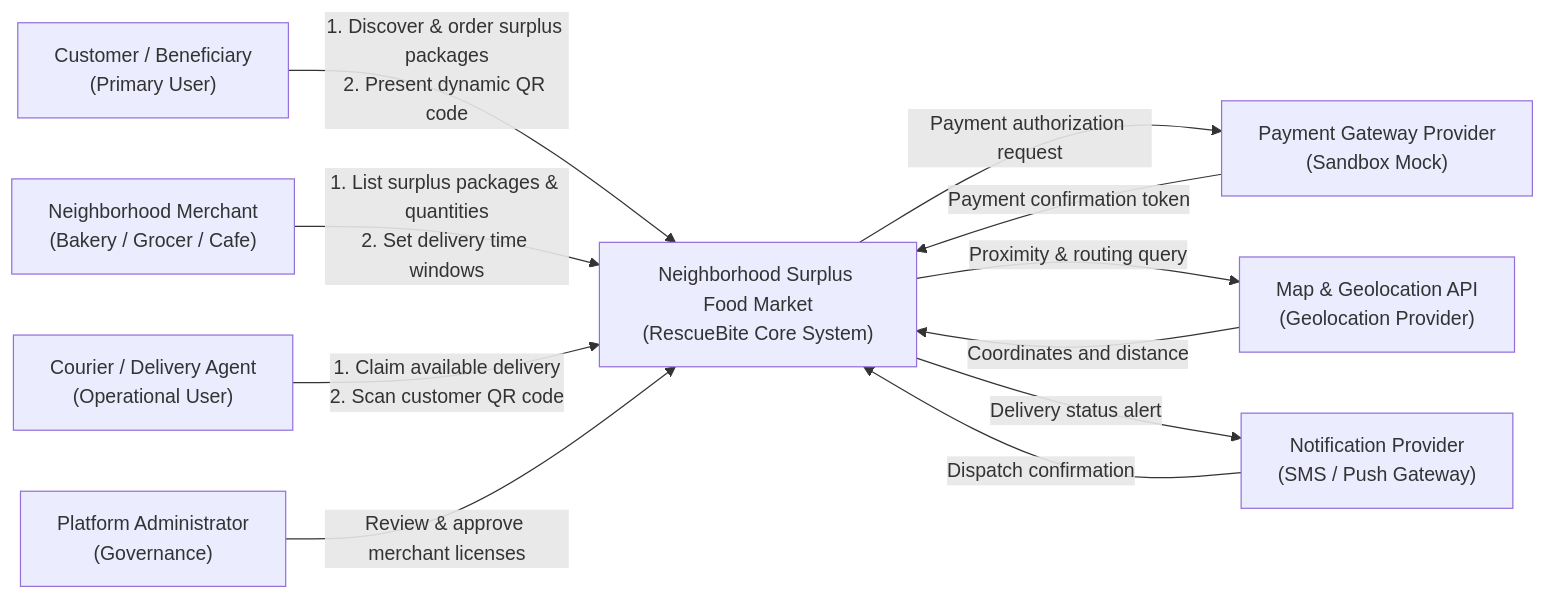
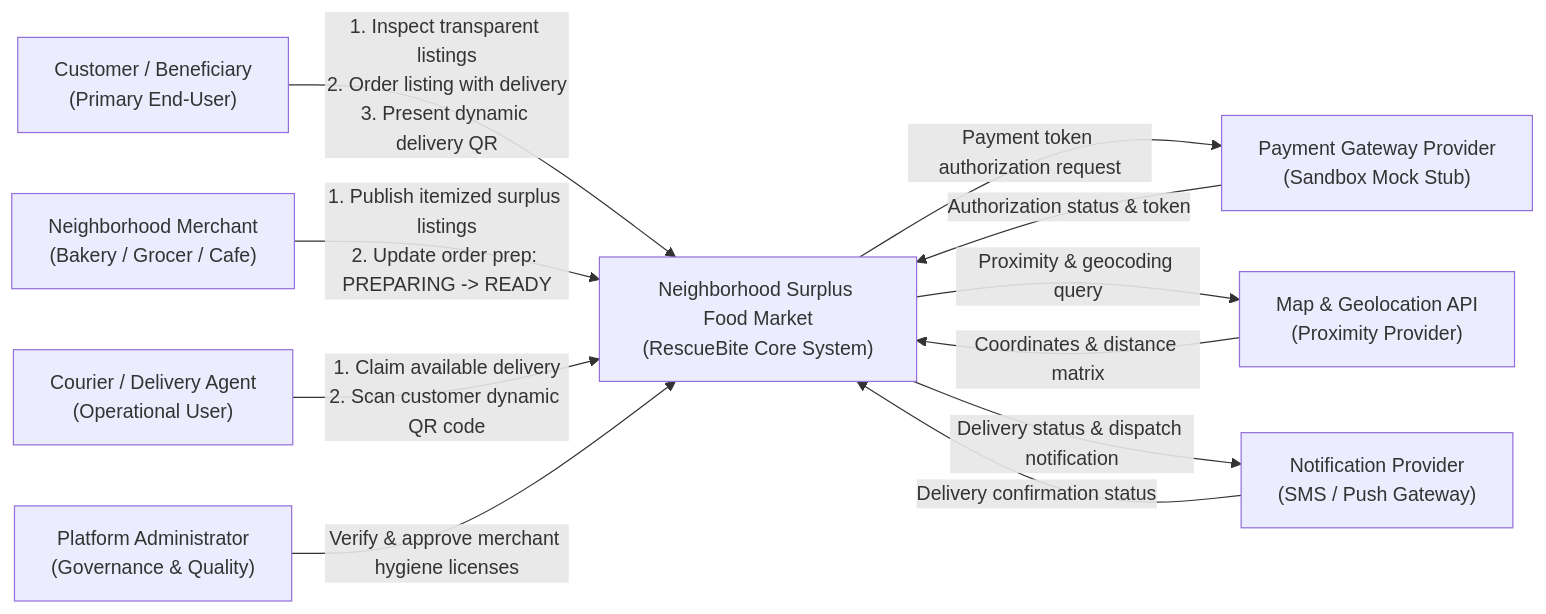
The first of 2 diagrams in docs/sprint1/SPRINT1_REPORT.md (macig102/rescuebite-surplus-food-market), drawn with Mermaid before and after one commit. The commit also changed other lines of this file and 4 other files, not shown here.

Commit message:
docs: align Sprint 1 deliverables with transparent surplus food listings and update openapi

````diff
--- a/docs/sprint1/SPRINT1_REPORT.md
+++ b/docs/sprint1/SPRINT1_REPORT.md
@@ -98,16 +127,16 @@
 ```mermaid
 flowchart LR
-    Customer["Customer / Beneficiary\n(Primary User)"] -->|"1. Discover & order surplus packages\n2. Present dynamic QR code"| System["Neighborhood Surplus Food Market\n(RescueBite Core System)"]
-    Store["Neighborhood Merchant\n(Bakery / Grocer / Cafe)"] -->|"1. List surplus packages & quantities\n2. Set delivery time windows"| System
-    Courier["Courier / Delivery Agent\n(Operational User)"] -->|"1. Claim available delivery\n2. Scan customer QR code"| System
-    Admin["Platform Administrator\n(Governance)"] -->|"Review & approve merchant licenses"| System
+    Customer["Customer / Beneficiary\n(Primary End-User)"] -->|"1. Inspect transparent listings\n2. Order listing with delivery\n3. Present dynamic delivery QR"| System["Neighborhood Surplus Food Market\n(RescueBite Core System)"]
+    Store["Neighborhood Merchant\n(Bakery / Grocer / Cafe)"] -->|"1. Publish itemized surplus listings\n2. Update order prep: PREPARING -> READY"| System
+    Courier["Courier / Delivery Agent\n(Operational User)"] -->|"1. Claim available delivery\n2. Scan customer dynamic QR code"| System
+    Admin["Platform Administrator\n(Governance & Quality)"] -->|"Verify & approve merchant hygiene licenses"| System
     
-    System -->|"Payment authorization request"| Payment["Payment Gateway Provider\n(Sandbox Mock)"]
-    Payment -->|"Payment confirmation token"| System
+    System -->|"Payment token authorization request"| Payment["Payment Gateway Provider\n(Sandbox Mock Stub)"]
+    Payment -->|"Authorization status & token"| System
 
-    System -->|"Proximity & routing query"| MapService["Map & Geolocation API\n(Geolocation Provider)"]
-    MapService -->|"Coordinates and distance"| System
+    System -->|"Proximity & geocoding query"| MapService["Map & Geolocation API\n(Proximity Provider)"]
+    MapService -->|"Coordinates & distance matrix"| System
 
-    System -->|"Delivery status alert"| Notification["Notification Provider\n(SMS / Push Gateway)"]
-    Notification -->|"Dispatch confirmation"| System
+    System -->|"Delivery status & dispatch notification"| Notification["Notification Provider\n(SMS / Push Gateway)"]
+    Notification -->|"Delivery confirmation status"| System
 ```
````
